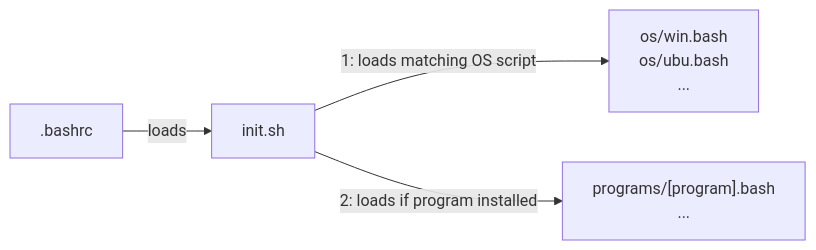
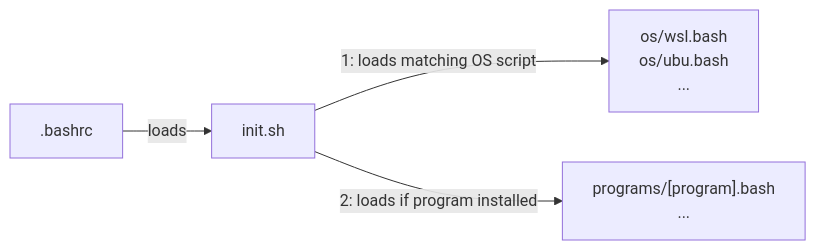
The first of 2 diagrams in README.md (alanlivio/cli-helpers), drawn with Mermaid before and after one commit. The commit also changed 4 other files, not shown here.

````diff
--- a/README.md
+++ b/README.md
@@ -7,20 +7,20 @@
 ```mermaid
 flowchart LR
     bashrc[".bashrc"]
     %% ps-init["init.ps1"]
     sh-init["init.sh"]
     program-dependent["
         programs/[program].bash
         ...
     "]
     OS-dependent["
-        os/win.bash
+        os/wsl.bash
         os/ubu.bash
         ...
     "]
     
     bashrc --> |"loads"| sh-init
     sh-init --> |"1: loads matching OS script"| OS-dependent
     sh-init --> |"2: loads if program installed"| program-dependent
     %% sh-init --> |"3: create bash alias functions at"| ps-init
 ```
````
